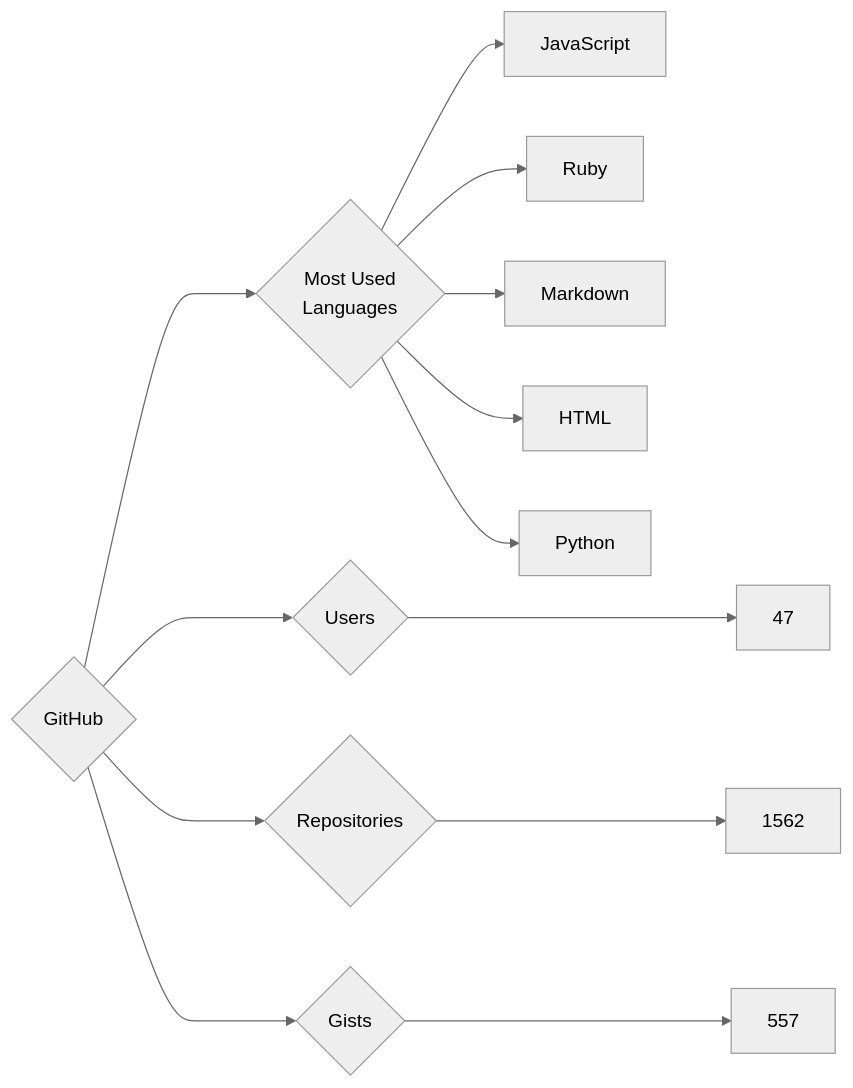
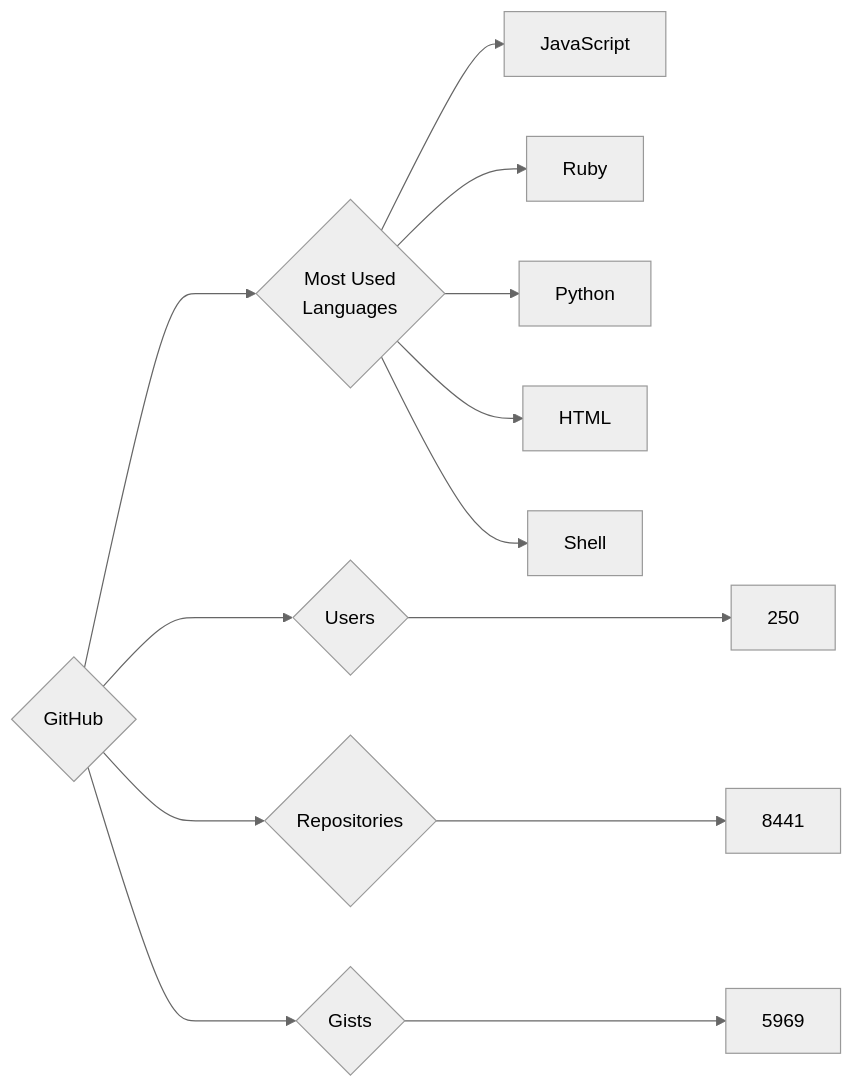
The diagram in targets/GitHub/README.md (trickest/insiders), drawn with Mermaid (neutral theme) before and after one commit. The commit also changed 622 other files, not shown here.

````diff
--- a/targets/GitHub/README.md
+++ b/targets/GitHub/README.md
@@ -3,13 +3,13 @@
 ```mermaid
 graph LR
 COMPANY_NAME{GitHub}
-COMPANY_NAME ---> U{Users} ---> UN[47]
-COMPANY_NAME ---> R{Repositories} ---> RN[1562]
-COMPANY_NAME ---> G{Gists} ---> GN[557]
+COMPANY_NAME ---> U{Users} ---> UN[250]
+COMPANY_NAME ---> R{Repositories} ---> RN[8441]
+COMPANY_NAME ---> G{Gists} ---> GN[5969]
 COMPANY_NAME ---> ML{Most Used<br>Languages}
 ML --> JavaScript[JavaScript]
 ML --> Ruby[Ruby]
-ML --> Markdown[Markdown]
+ML --> Python[Python]
 ML --> HTML[HTML]
-ML --> Python[Python]
+ML --> Shell[Shell]
 ```
````
